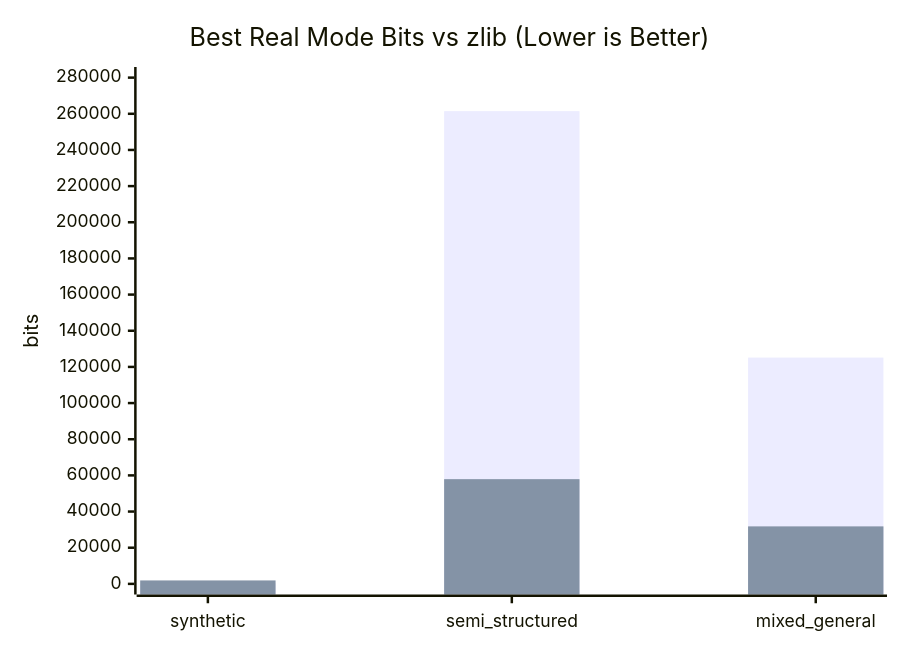
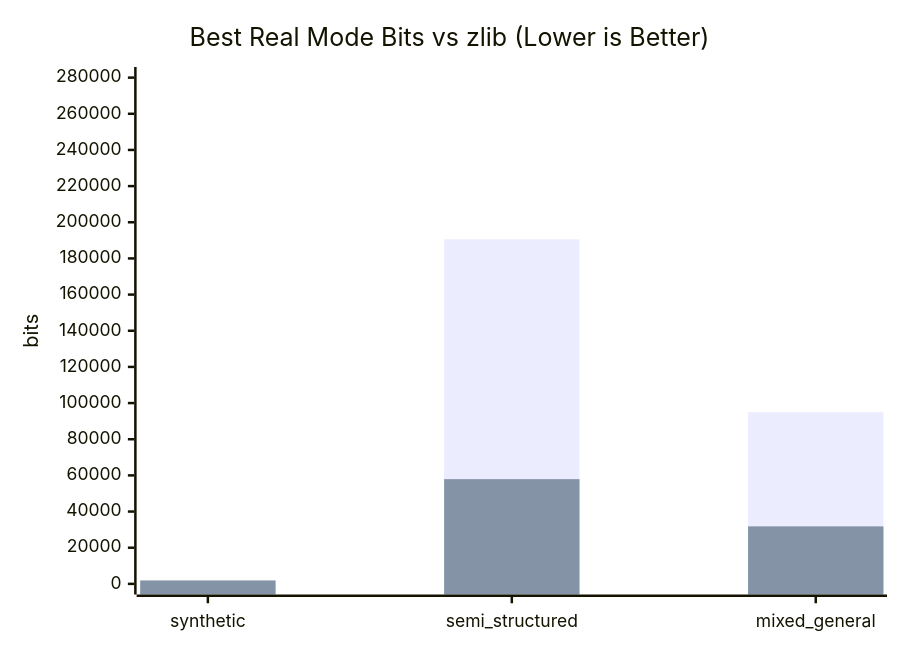
The second of 4 diagrams in README.md (scruff2/Cube_Compression), drawn with Mermaid before and after one commit. The commit also changed other lines of this file and 26 other files, not shown here.

````diff
--- a/README.md
+++ b/README.md
@@ -183,8 +183,8 @@
 ```mermaid
 xychart-beta
     title "Best Real Mode Bits vs zlib (Lower is Better)"
     x-axis [synthetic, semi_structured, mixed_general]
     y-axis "bits" 0 --> 280000
-    bar [240, 261464, 125160]
+    bar [304, 190568, 94952]
     bar [1904, 57920, 31800]
 ```
````
